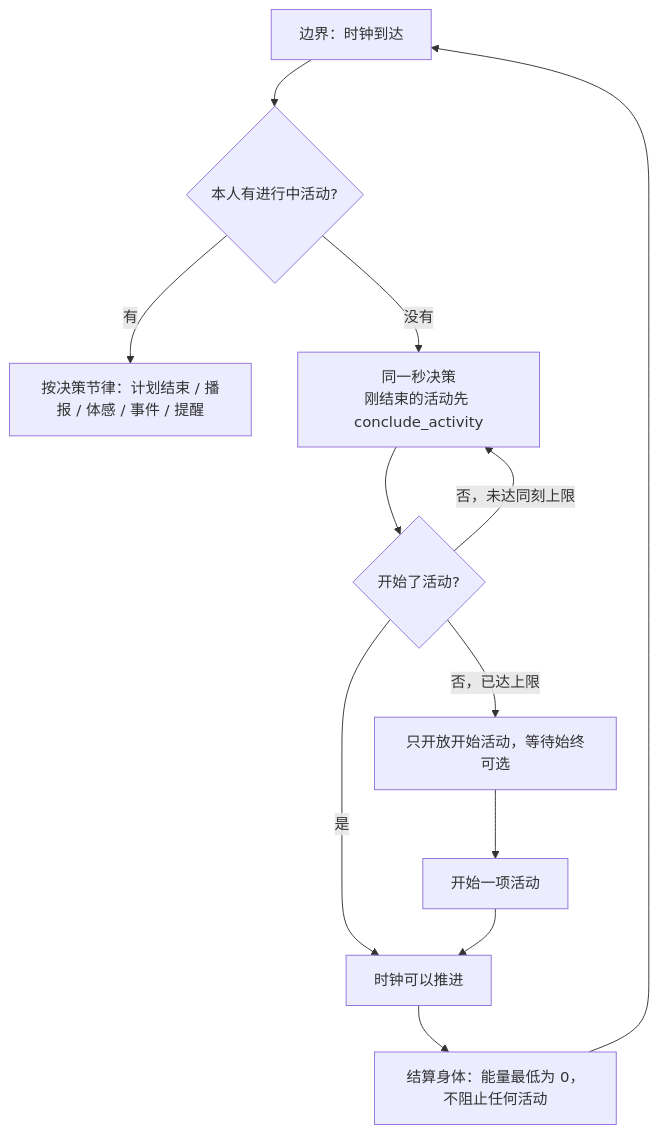
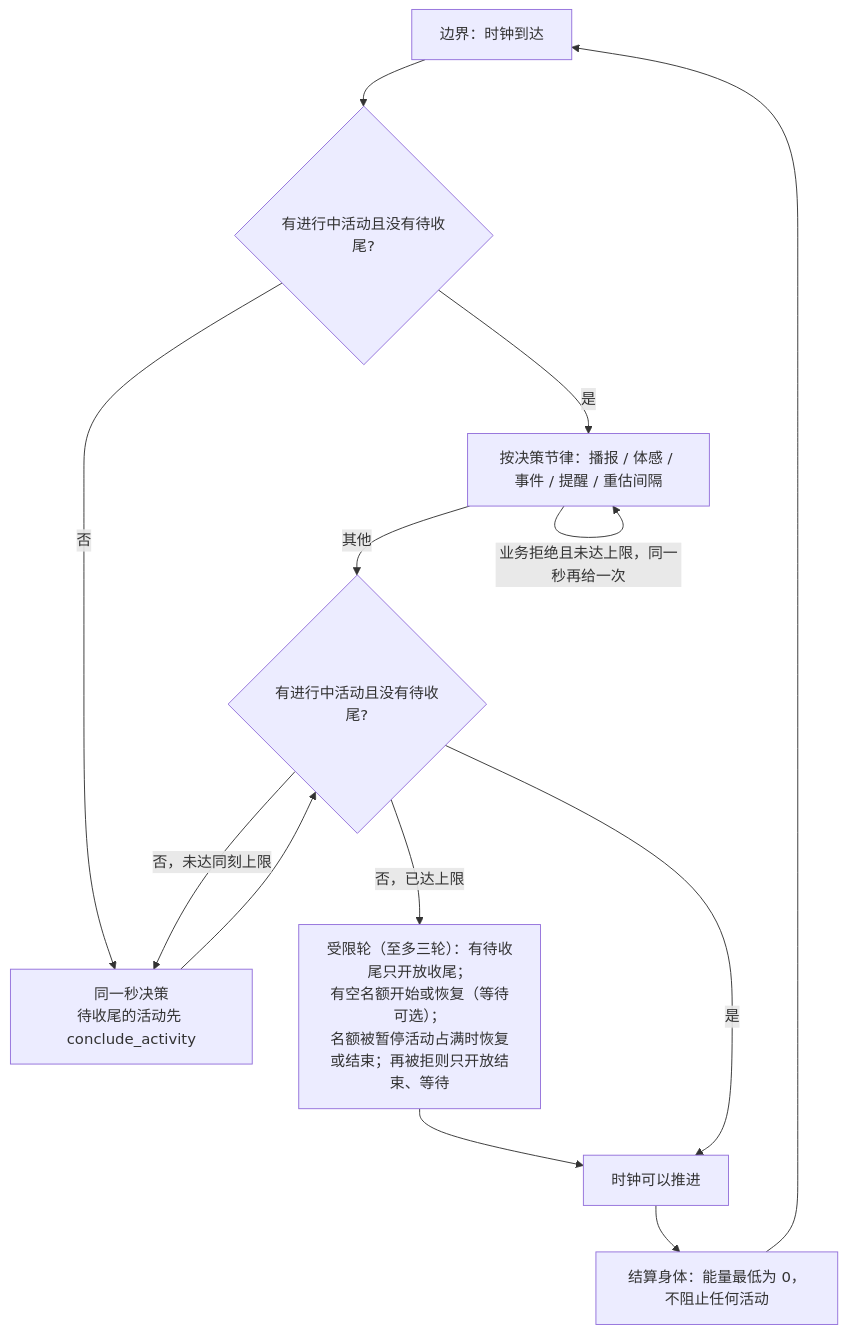
The first of 4 diagrams in docs/dev/SPEC-time-and-energy.md (HoldThatThgt/WorldMock), drawn with Mermaid before and after one commit. The commit also changed other lines of this file and 2 other files, not shown here.

````diff
--- a/docs/dev/SPEC-time-and-energy.md
+++ b/docs/dev/SPEC-time-and-energy.md
@@ -29,14 +31,15 @@
 ```mermaid
 flowchart TB
-    B["边界：时钟到达"] --> Q{"本人有进行中活动?"}
-    Q -->|有| R["按决策节律：计划结束 / 播报 / 体感 / 事件 / 提醒"]
-    Q -->|没有| D["同一秒决策<br/>刚结束的活动先 conclude_activity"]
-    D --> A{"开始了活动?"}
+    B["边界：时钟到达"] --> Q{"有进行中活动且没有待收尾?"}
+    Q -->|是| R["按决策节律：播报 / 体感 / 事件 / 提醒 / 重估间隔"]
+    Q -->|否| D["同一秒决策<br/>待收尾的活动先 conclude_activity"]
+    D --> A{"有进行中活动且没有待收尾?"}
     A -->|否，未达同刻上限| D
-    A -->|否，已达上限| S["只开放开始活动，等待始终可选"]
-    S --> A2["开始一项活动"]
-    A -->|是| T["时钟可以推进"]
-    A2 --> T
+    A -->|否，已达上限| S["受限轮（至多三轮）：有待收尾只开放收尾；<br/>有空名额开始或恢复（等待可选）；<br/>名额被暂停活动占满时恢复或结束；再被拒则只开放结束、等待"]
+    S --> T["时钟可以推进"]
+    A -->|是| T
+    R -->|业务拒绝且未达上限，同一秒再给一次| R
+    R -->|其他| A
     T --> E["结算身体：能量最低为 0，不阻止任何活动"]
     E --> B
 ```
````
